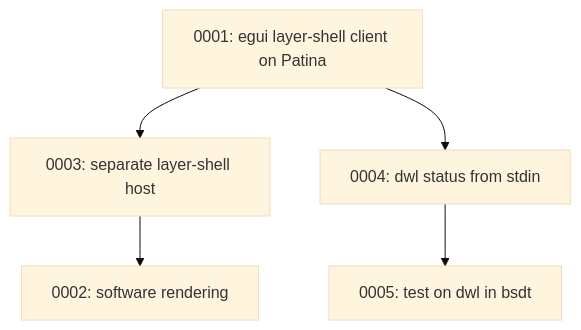
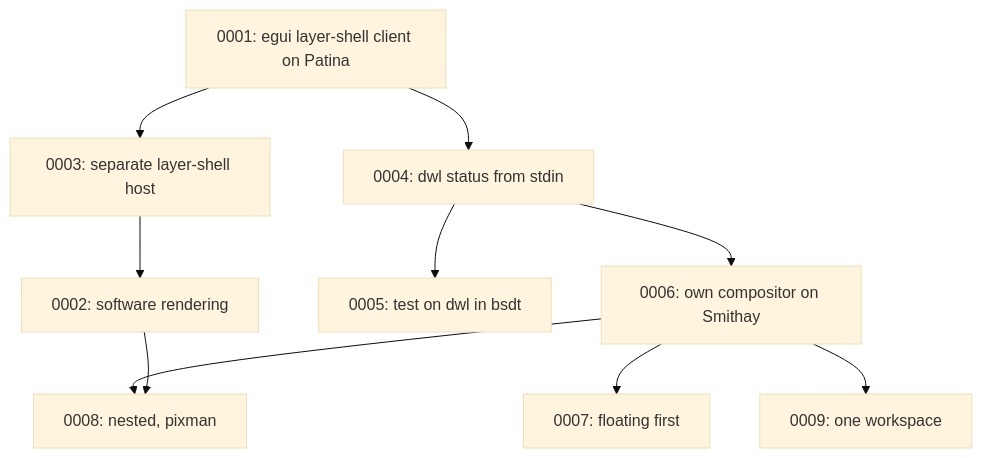
Before and after one commit to Sector-F-Labs/patina-desktop: the diagram in docs/adr/README.md, drawn with Mermaid (base theme). The commit also changed other lines of this file and 22 other files, not shown here.

First line of the commit message:
patina-compositor: a floating Smithay compositor that runs foot and patina-bar

````diff
--- a/docs/adr/README.md
+++ b/docs/adr/README.md
@@ -53,7 +57,12 @@
 ```mermaid
 flowchart TD
     A[0001: egui layer-shell client on Patina] --> B[0003: separate layer-shell host]
     B --> C[0002: software rendering]
     A --> D[0004: dwl status from stdin]
     D --> E[0005: test on dwl in bsdt]
+    D --> F[0006: own compositor on Smithay]
+    F --> G[0007: floating first]
+    F --> H[0008: nested, pixman]
+    C --> H
+    F --> I[0009: one workspace]
 ```
````
